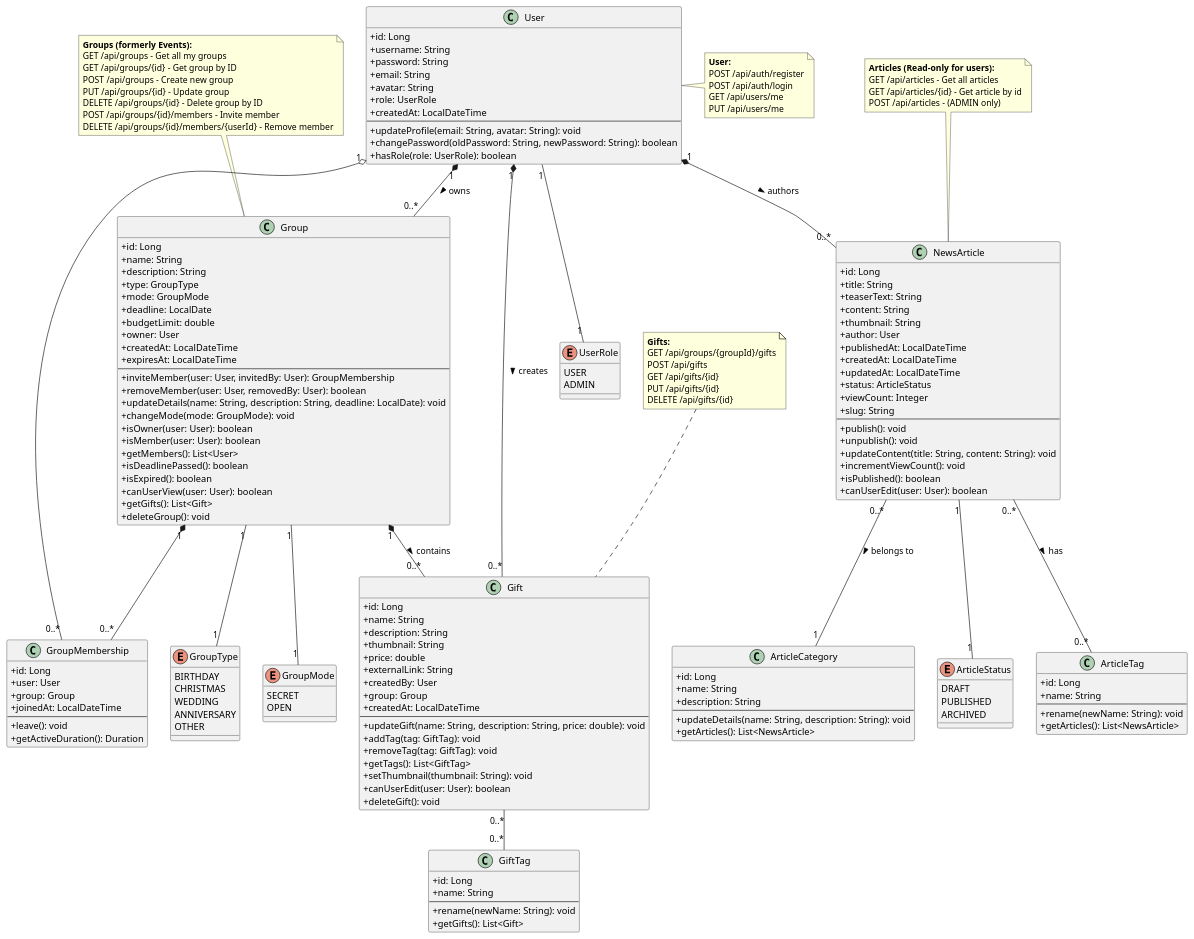
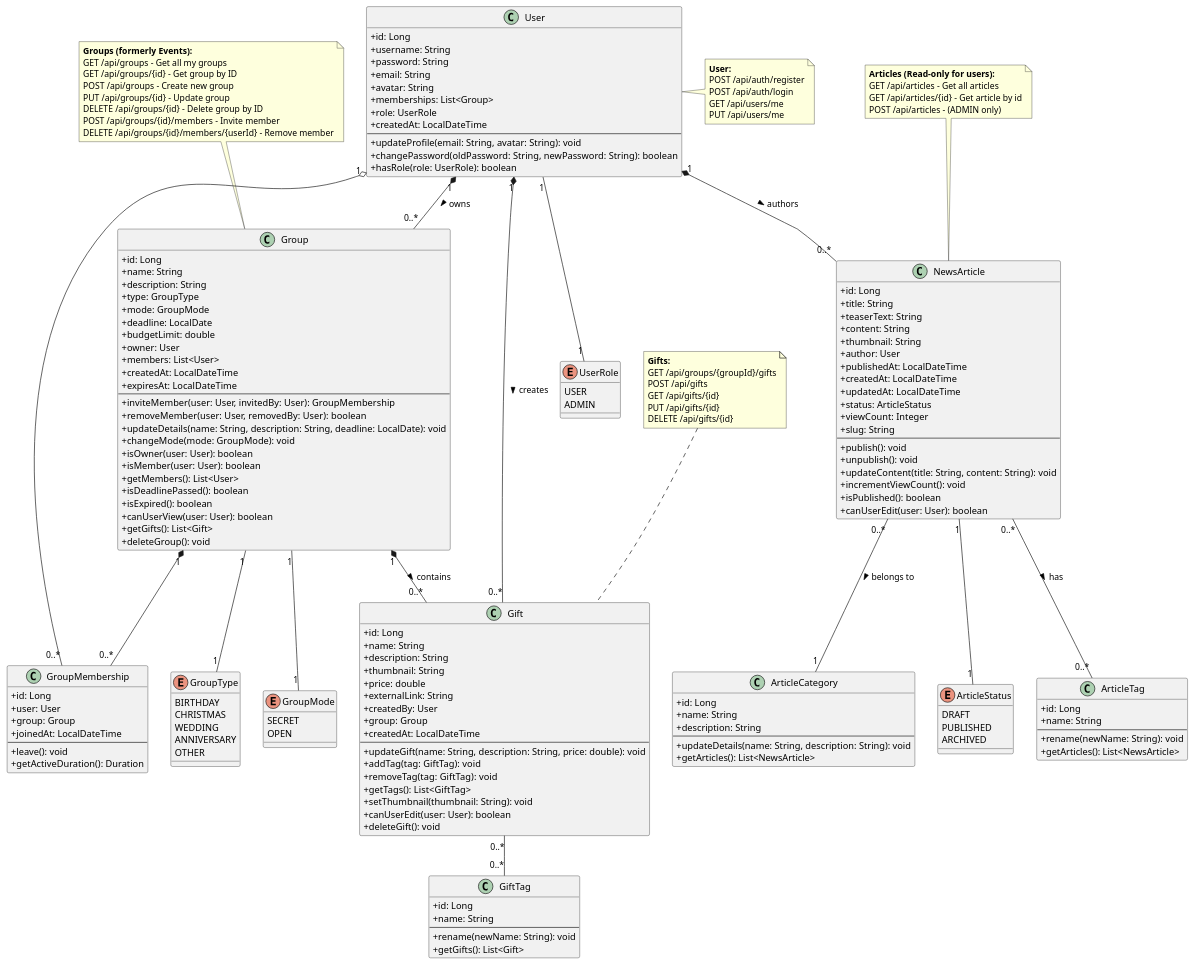
The diagram in REST-Router-Groupchange.plantuml (Nostea/giftIdea), drawn with PlantUML before and after one commit. The commit also changed 6 other files, not shown here.

```diff
--- a/REST-Router-Groupchange.plantuml
+++ b/REST-Router-Groupchange.plantuml
@@ -7,6 +7,7 @@
   + password: String
   + email: String
   + avatar: String
+  + memberships: List<Group>
   + role: UserRole
   + createdAt: LocalDateTime
   --
@@ -29,6 +30,7 @@
   + deadline: LocalDate
   + budgetLimit: double
   + owner: User
+  + members: List<User>
   + createdAt: LocalDateTime
   + expiresAt: LocalDateTime
   --
```
